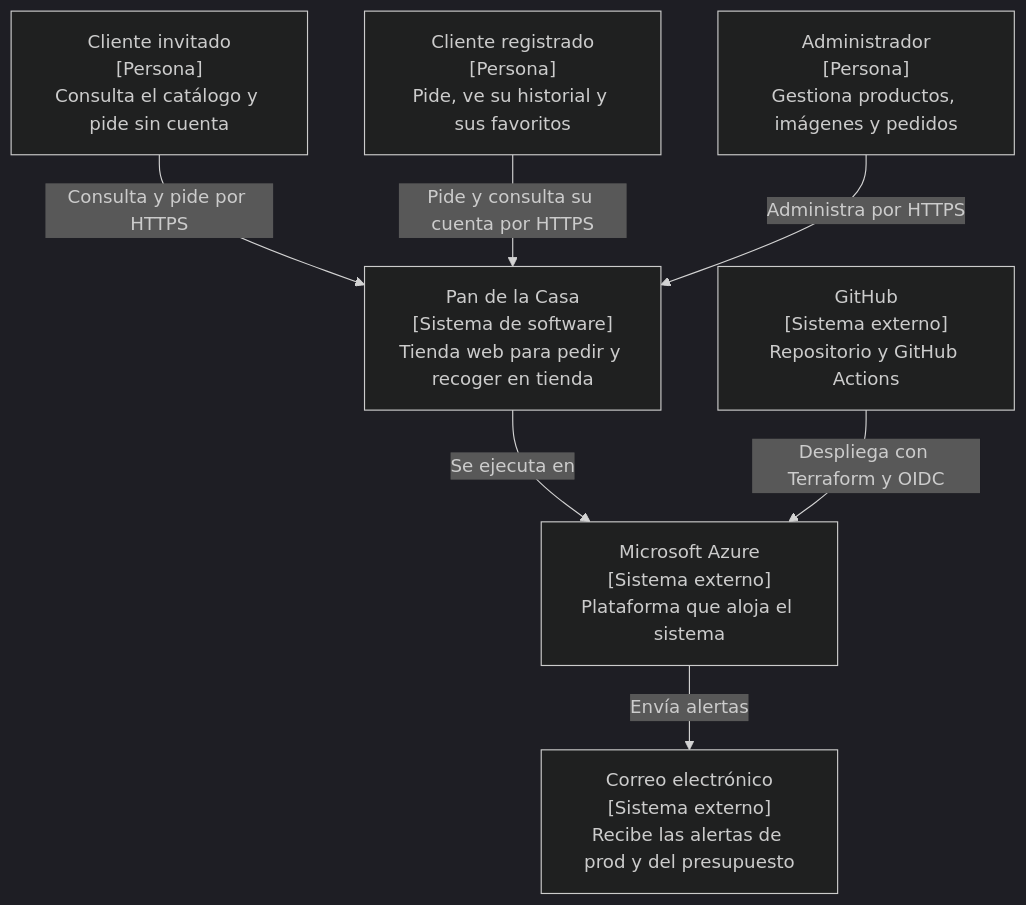
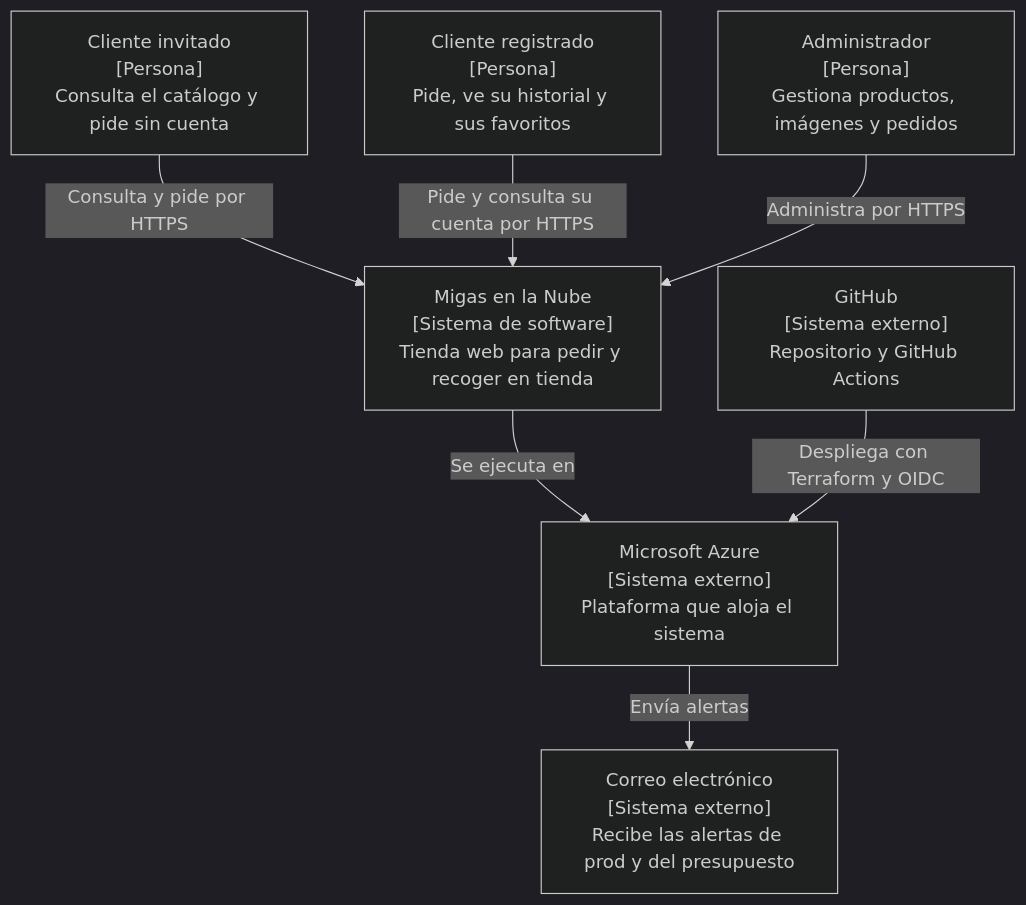
The diagram in docs/diagramas/contexto.md (Andr3xDev/migas-en-la-nube), drawn with Mermaid (dark theme) before and after one commit. The commit also changed other lines of this file and 15 other files, not shown here.

Commit message:
chore(brand): rename to Migas en la Nube

````diff
--- a/docs/diagramas/contexto.md
+++ b/docs/diagramas/contexto.md
@@ -5,19 +5,19 @@
 ```mermaid
 flowchart TB
     guest["Cliente invitado<br/>[Persona]<br/>Consulta el catálogo y pide sin cuenta"]
     customer["Cliente registrado<br/>[Persona]<br/>Pide, ve su historial y sus favoritos"]
     admin["Administrador<br/>[Persona]<br/>Gestiona productos, imágenes y pedidos"]
 
-    system["Pan de la Casa<br/>[Sistema de software]<br/>Tienda web para pedir y recoger en tienda"]
+    system["Migas en la Nube<br/>[Sistema de software]<br/>Tienda web para pedir y recoger en tienda"]
 
     azure["Microsoft Azure<br/>[Sistema externo]<br/>Plataforma que aloja el sistema"]
     github["GitHub<br/>[Sistema externo]<br/>Repositorio y GitHub Actions"]
     mail["Correo electrónico<br/>[Sistema externo]<br/>Recibe las alertas de prod y del presupuesto"]
 
     guest -->|"Consulta y pide por HTTPS"| system
     customer -->|"Pide y consulta su cuenta por HTTPS"| system
     admin -->|"Administra por HTTPS"| system
     system -->|"Se ejecuta en"| azure
     github -->|"Despliega con Terraform y OIDC"| azure
     azure -->|"Envía alertas"| mail
 ```
````
